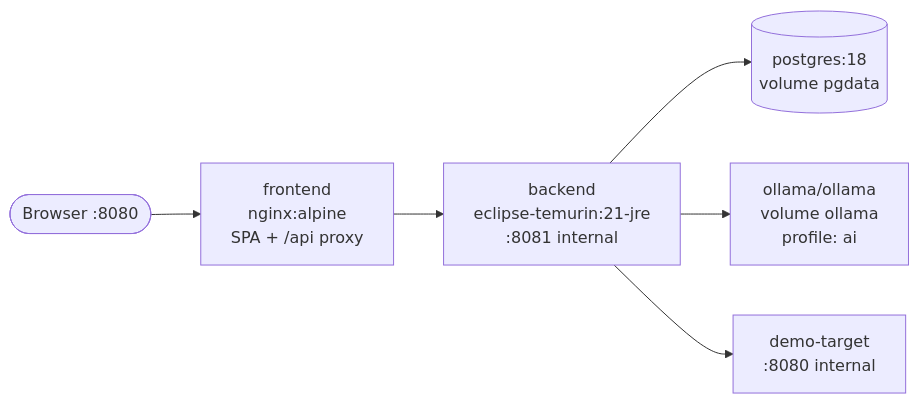
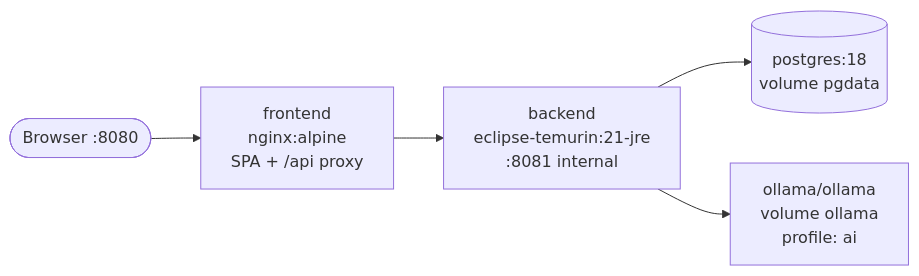
One commit to alifsafiuddin/APIForge changed the diagram in docs/DEPLOYMENT.md. Above: the diagram before and after it, drawn with Mermaid. The commit also changed other lines of this file and 51 other files, not shown here.

````diff
--- a/docs/DEPLOYMENT.md
+++ b/docs/DEPLOYMENT.md
@@ -17,8 +17,7 @@
 ```mermaid
 flowchart LR
     user([Browser :8080]) --> fe[frontend<br/>nginx:alpine<br/>SPA + /api proxy]
     fe --> be[backend<br/>eclipse-temurin:21-jre<br/>:8081 internal]
     be --> pg[(postgres:18<br/>volume pgdata)]
     be --> ol[ollama/ollama<br/>volume ollama<br/>profile: ai]
-    be --> demo[demo-target<br/>:8080 internal]
 ```
````
